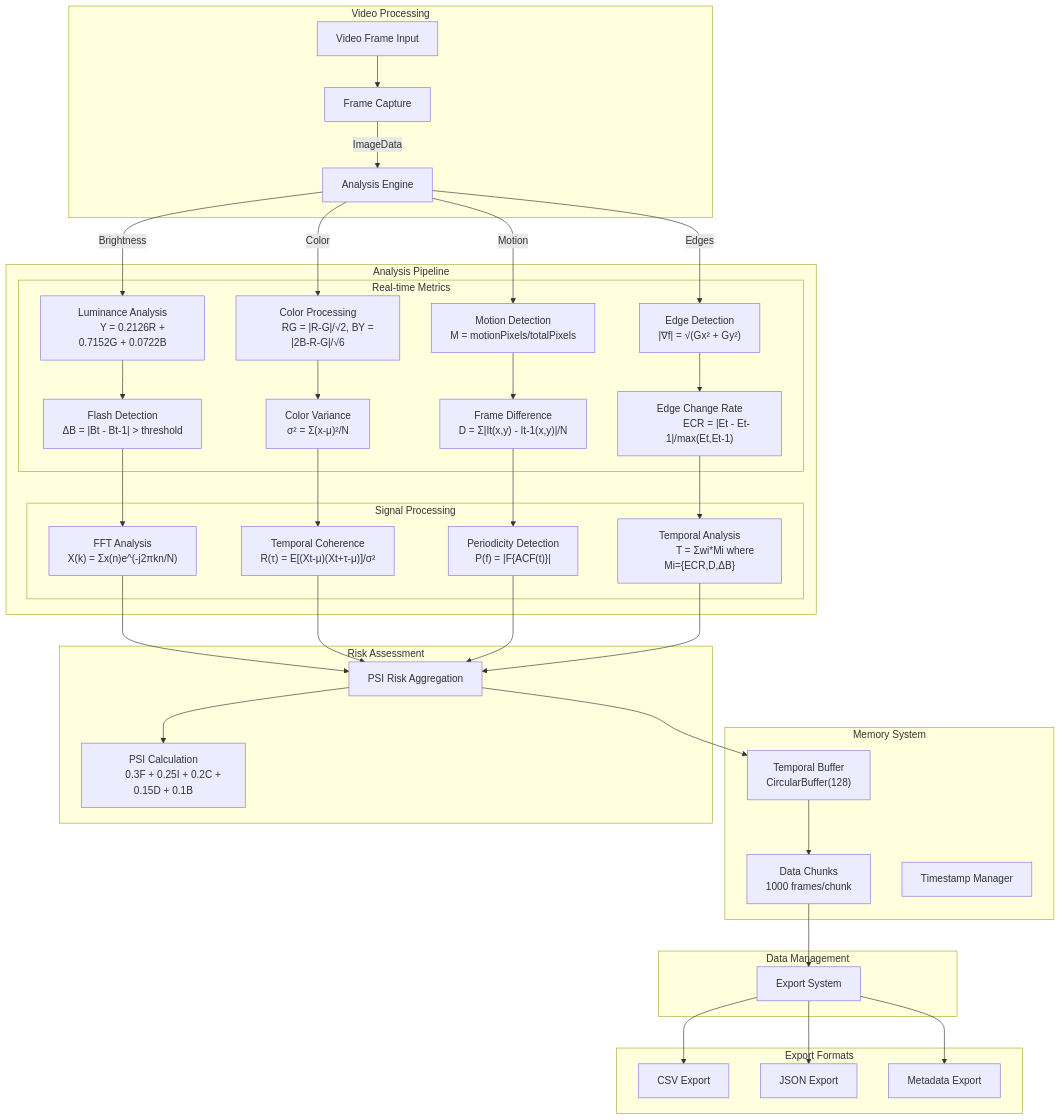
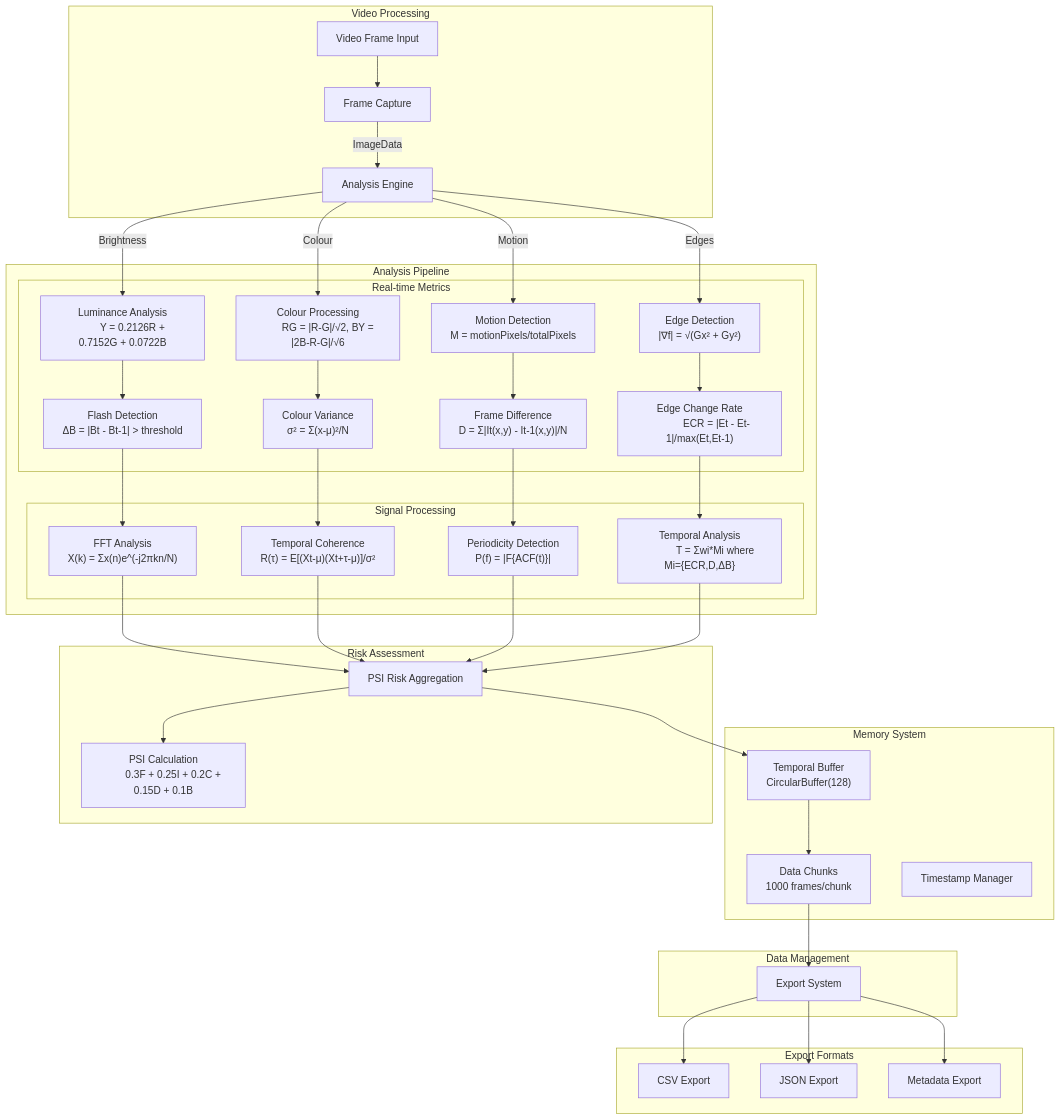
The second of 2 diagrams in README.md (Pi-0r-Tau/EPI-LENS), drawn with Mermaid before and after one commit. The commit also changed other lines of this file, not shown here.

````diff
--- a/README.md
+++ b/README.md
@@ -75,69 +150,69 @@
 ```mermaid
 graph TB
     subgraph Video_Processing [Video Processing]
         VID[Video Frame Input] --> CAP[Frame Capture]
         CAP --> |ImageData| ANA[Analysis Engine]
     end
 
     subgraph Memory_System [Memory System]
         BUF["Temporal Buffer
         CircularBuffer(128)"]
         CHK["Data Chunks
         1000 frames/chunk"]
         TST["Timestamp Manager"]
     end
 
     subgraph Analysis_Pipeline [Analysis Pipeline]
         ANA --> |Brightness| BRI["Luminance Analysis
         Y = 0.2126R + 0.7152G + 0.0722B"]
-        ANA --> |Color| COL["Color Processing
+        ANA --> |Colour| COL["Colour Processing
         RG = |R-G|/√2, BY = |2B-R-G|/√6"]
         ANA --> |Motion| MOT["Motion Detection
         M = motionPixels/totalPixels"]
         ANA --> |Edges| EDG["Edge Detection
         |∇f| = √(Gx² + Gy²)"]
 
         subgraph Real_Time_Metrics [Real-time Metrics]
             BRI --> FLA["Flash Detection
             ΔB = |Bt - Bt-1| > threshold"]
-            COL --> VAR["Color Variance
+            COL --> VAR["Colour Variance
             σ² = Σ(x-μ)²/N"]
             MOT --> DIF["Frame Difference
             D = Σ|It(x,y) - It-1(x,y)|/N"]
             EDG --> CHG["Edge Change Rate
             ECR = |Et - Et-1|/max(Et,Et-1)"]
         end
 
         subgraph Signal_Processing [Signal Processing]
             FLA --> FFT["FFT Analysis
             X(k) = Σx(n)e^(-j2πkn/N)"]
             VAR --> COH["Temporal Coherence
             R(τ) = E[(Xt-μ)(Xt+τ-μ)]/σ²"]
             DIF --> PER["Periodicity Detection
             P(f) = |F{ACF(t)}|"]
             CHG --> TMP["Temporal Analysis
             T = Σwi*Mi where Mi={ECR,D,ΔB}"]
         end
     end
 
     subgraph Risk_Assessment [Risk Assessment]
         AGG["PSI Risk Aggregation"]
         PSI["PSI Calculation
         0.3F + 0.25I + 0.2C + 0.15D + 0.1B"]
         AGG --> PSI
     end
 
     subgraph Data_Management [Data Management]
         FFT & COH & PER & TMP --> AGG
         AGG --> BUF
         BUF --> CHK
         CHK --> EXP[Export System]
     end
 
     subgraph Export_Formats [Export Formats]
         EXP --> CSV[CSV Export]
         EXP --> JSN[JSON Export]
         EXP --> META[Metadata Export]
     end
 
 ```
````
